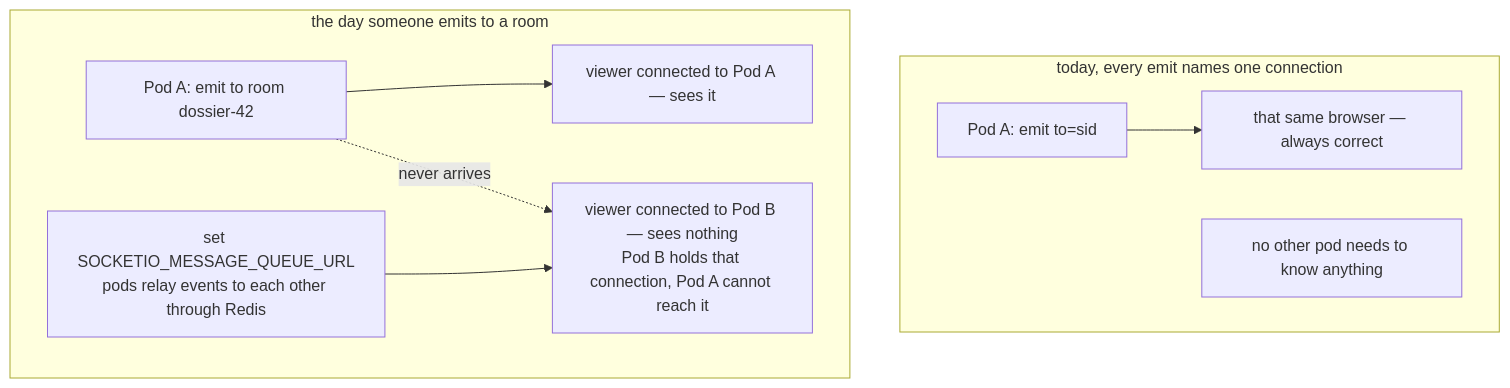
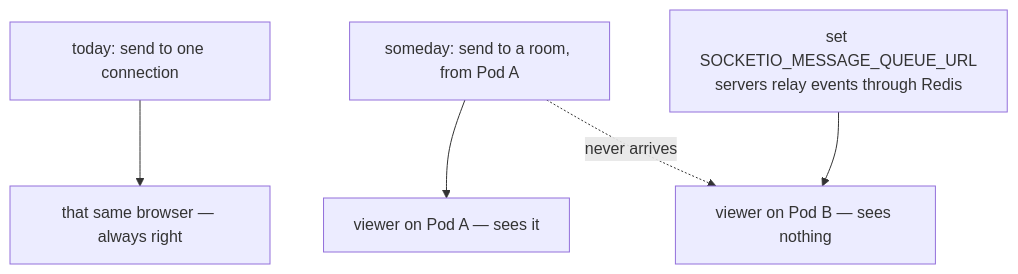
One commit to selvakumarperumal/Corporate_Filing_Analyzer_Agent changed the ninth of 15 diagrams in docs/TESTING-SCALING.md. Above: the diagram before and after it, drawn with Mermaid. The commit also changed other lines of this file, not shown here.

Commit message:
docs: streamline scaling test guide with plain-language summaries, settings tables, and clear architectural diagrams

````diff
--- a/docs/TESTING-SCALING.md
+++ b/docs/TESTING-SCALING.md
@@ -645,12 +723,7 @@
 ```mermaid
 flowchart TB
-  subgraph now["today, every emit names one connection"]
-    E1["Pod A: emit to=sid"] --> C1["that same browser — always correct"]
-    N1["no other pod needs to know anything"]
-  end
-  subgraph later["the day someone emits to a room"]
-    E2["Pod A: emit to room dossier-42"] --> V1["viewer connected to Pod A — sees it"]
-    E2 -.->|"never arrives"| V2["viewer connected to Pod B — sees nothing<br/>Pod B holds that connection, Pod A cannot reach it"]
-    FIX["set SOCKETIO_MESSAGE_QUEUE_URL<br/>pods relay events to each other through Redis"] --> V2
-  end
+  E1["today: send to one connection"] --> C1["that same browser — always right"]
+  E2["someday: send to a room, from Pod A"] --> V1["viewer on Pod A — sees it"]
+  E2 -.->|"never arrives"| V2["viewer on Pod B — sees nothing"]
+  FIX["set SOCKETIO_MESSAGE_QUEUE_URL<br/>servers relay events through Redis"] --> V2
 ```
````
